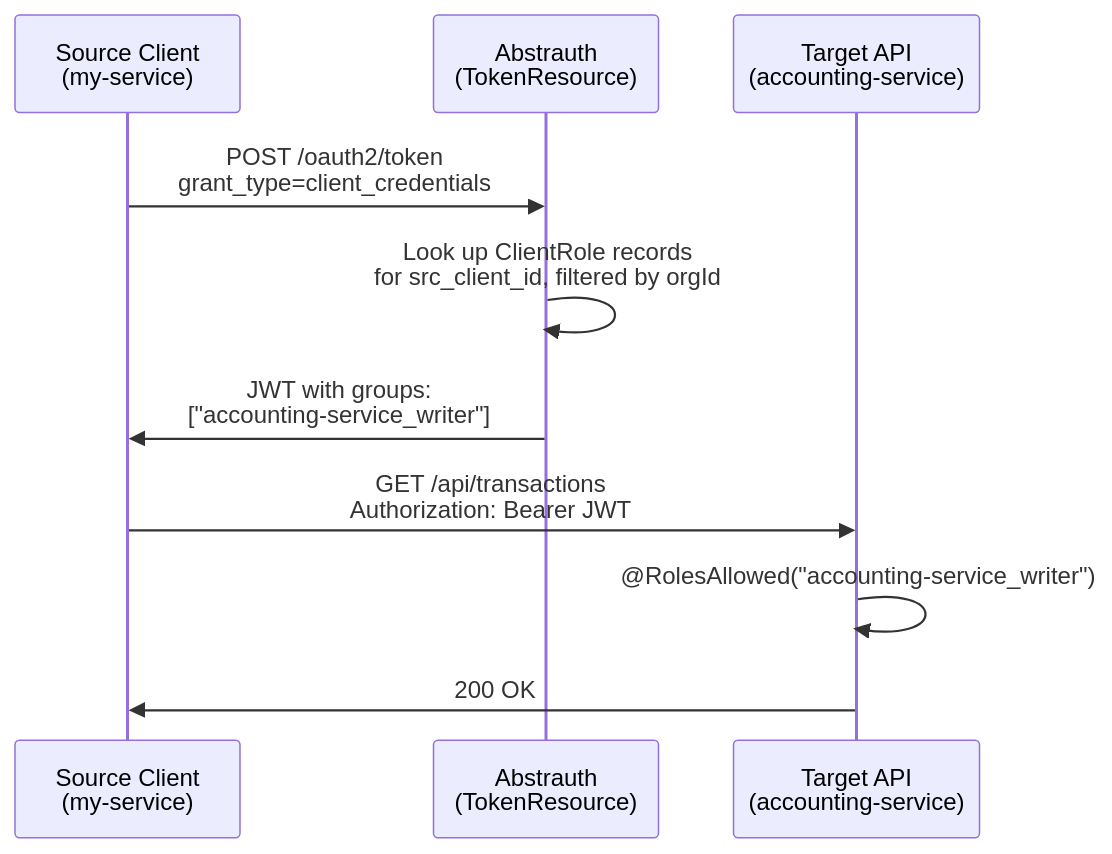
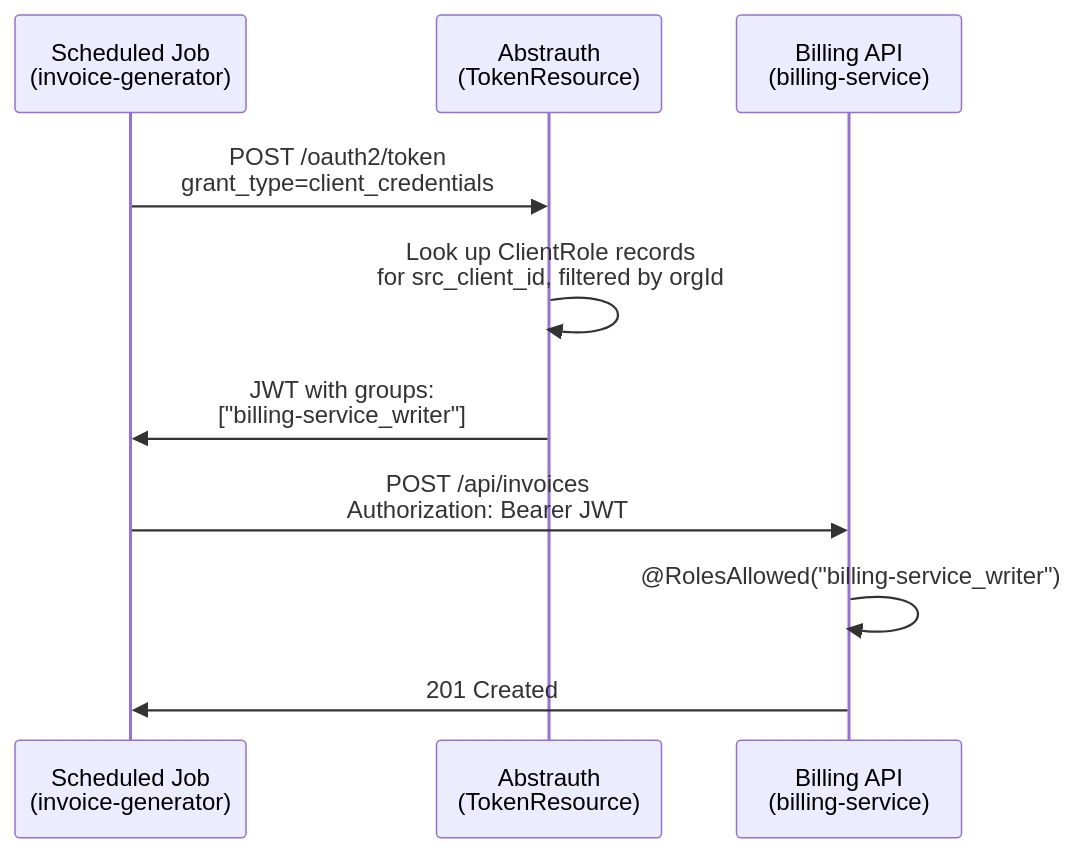
Before and after one commit to abstratium-dev/abstrauth: the second of 3 diagrams in USER_GUIDE.md, drawn with Mermaid. The commit also changed other lines of this file and 17 other files, not shown here.

````diff
--- a/USER_GUIDE.md
+++ b/USER_GUIDE.md
@@ -282,13 +301,13 @@
 ```mermaid
 sequenceDiagram
-    participant Src as Source Client<br/>(my-service)
+    participant Job as Scheduled Job<br/>(invoice-generator)
     participant Auth as Abstrauth<br/>(TokenResource)
-    participant Tgt as Target API<br/>(accounting-service)
+    participant Tgt as Billing API<br/>(billing-service)
 
-    Src->>Auth: POST /oauth2/token<br/>grant_type=client_credentials
+    Job->>Auth: POST /oauth2/token<br/>grant_type=client_credentials
     Auth->>Auth: Look up ClientRole records<br/>for src_client_id, filtered by orgId
-    Auth->>Src: JWT with groups:<br/>["accounting-service_writer"]
-    Src->>Tgt: GET /api/transactions<br/>Authorization: Bearer JWT
-    Tgt->>Tgt: @RolesAllowed("accounting-service_writer")
-    Tgt->>Src: 200 OK
+    Auth->>Job: JWT with groups:<br/>["billing-service_writer"]
+    Job->>Tgt: POST /api/invoices<br/>Authorization: Bearer JWT
+    Tgt->>Tgt: @RolesAllowed("billing-service_writer")
+    Tgt->>Job: 201 Created
 ```
````
